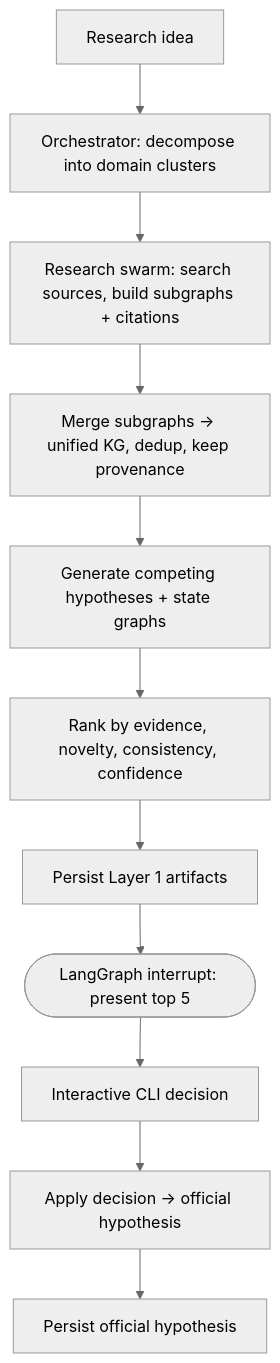
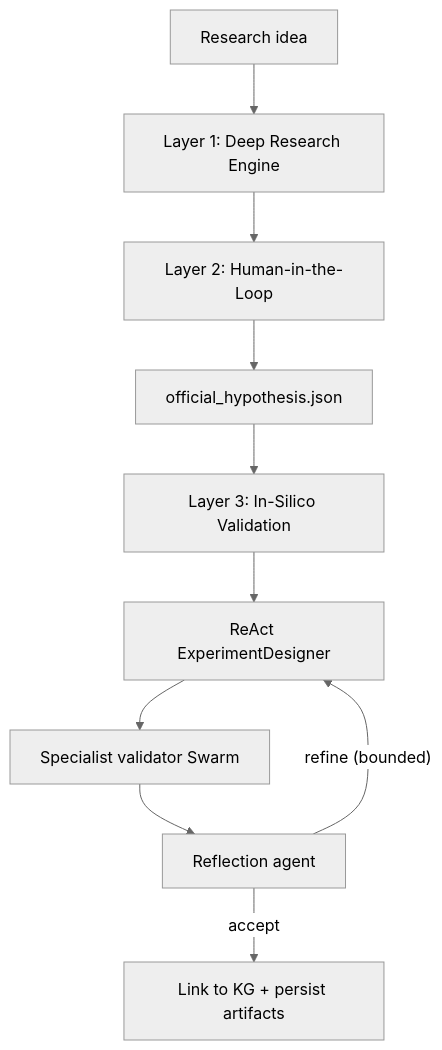
Before and after one commit to Fidenzlabs/AI-Co-scientist: the diagram in README.md, drawn with Mermaid (neutral theme). The commit also changed other lines of this file and 44 other files, not shown here.

Commit message:
Layer 3 In-silico validation

````diff
--- a/README.md
+++ b/README.md
@@ -21,13 +27,12 @@
 ```mermaid
 flowchart TD
-  idea[Research idea] --> plan["Orchestrator: decompose into domain clusters"]
-  plan --> swarm["Research swarm: search sources, build subgraphs + citations"]
-  swarm --> merge["Merge subgraphs -> unified KG, dedup, keep provenance"]
-  merge --> hypo["Generate competing hypotheses + state graphs"]
-  hypo --> rank["Rank by evidence, novelty, consistency, confidence"]
-  rank --> persistL1["Persist Layer 1 artifacts"]
-  persistL1 --> interrupt(["LangGraph interrupt: present top 5"])
-  interrupt --> cli["Interactive CLI decision"]
-  cli --> apply["Apply decision -> official hypothesis"]
-  apply --> persistL2["Persist official hypothesis"]
+  idea[Research idea] --> L1["Layer 1: Deep Research Engine"]
+  L1 --> L2["Layer 2: Human-in-the-Loop"]
+  L2 --> official[official_hypothesis.json]
+  official --> L3["Layer 3: In-Silico Validation"]
+  L3 --> design["ReAct ExperimentDesigner"]
+  design --> validate["Specialist validator Swarm"]
+  validate --> reflect["Reflection agent"]
+  reflect -->|"refine (bounded)"| design
+  reflect -->|"accept"| persist["Link to KG + persist artifacts"]
 ```
````
